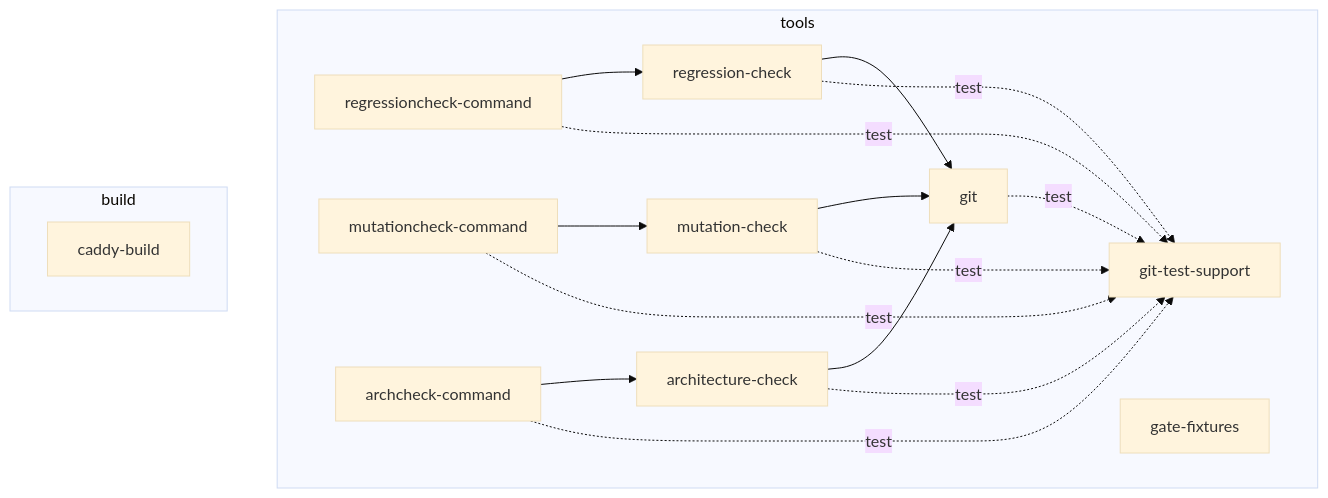
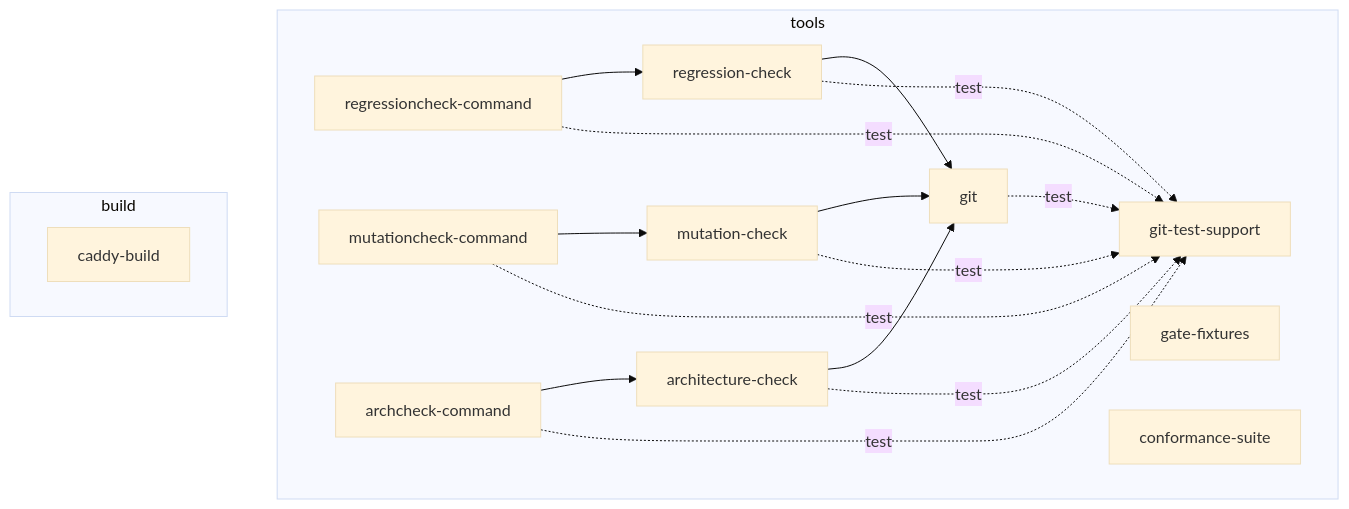
Before and after one commit to OpenRAE/lilrae: the diagram in docs/architecture/go-architecture.md, drawn with Mermaid (base theme). The commit also changed 59 other files, not shown here.

First line of the commit message:
test(conformance): add the black-box conformance suite

````diff
--- a/docs/architecture/go-architecture.md
+++ b/docs/architecture/go-architecture.md
@@ -17,30 +17,31 @@
 ```mermaid
 flowchart TB
     subgraph layer_tools[tools]
         component_regressioncheck_command[regressioncheck-command]
         component_mutationcheck_command[mutationcheck-command]
         component_archcheck_command[archcheck-command]
         component_regression_check[regression-check]
         component_mutation_check[mutation-check]
         component_architecture_check[architecture-check]
         component_git[git]
         component_git_test_support[git-test-support]
         component_gate_fixtures[gate-fixtures]
+        component_conformance_suite[conformance-suite]
     end
     subgraph layer_build[build]
         component_caddy_build[caddy-build]
     end
     component_regressioncheck_command --> component_regression_check
     component_regressioncheck_command -. test .-> component_git_test_support
     component_mutationcheck_command --> component_mutation_check
     component_mutationcheck_command -. test .-> component_git_test_support
     component_archcheck_command --> component_architecture_check
     component_archcheck_command -. test .-> component_git_test_support
     component_regression_check --> component_git
     component_regression_check -. test .-> component_git_test_support
     component_mutation_check --> component_git
     component_mutation_check -. test .-> component_git_test_support
     component_architecture_check --> component_git
     component_architecture_check -. test .-> component_git_test_support
     component_git -. test .-> component_git_test_support
 ```
````
